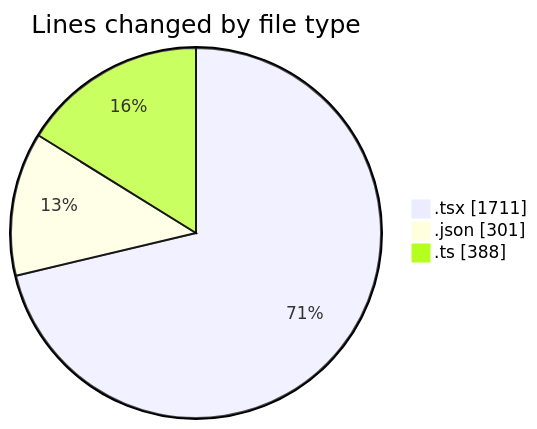
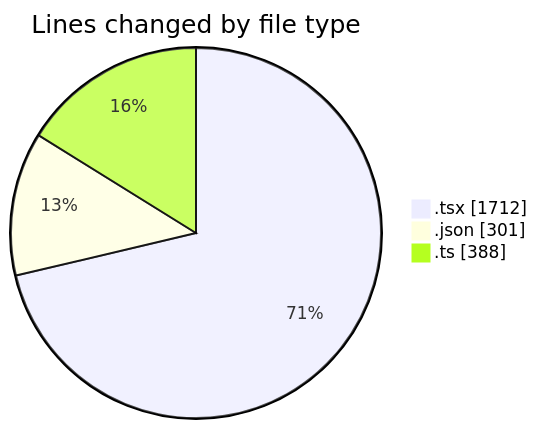
Before and after one commit to julien-gomy/code-tracking: the first of 2 diagrams in 2025-10-11/eventscop-frontend-guide__workspace_/README.md, drawn with Mermaid. The commit also changed other lines of this file and 1 other file, not shown here.

````diff
--- a/2025-10-11/eventscop-frontend-guide__workspace_/README.md
+++ b/2025-10-11/eventscop-frontend-guide__workspace_/README.md
@@ -38,7 +39,7 @@
 ```mermaid
 pie showData
 title Lines changed by file type
-".tsx" : 1711
+".tsx" : 1712
 ".json" : 301
 ".ts" : 388
 ```
````
